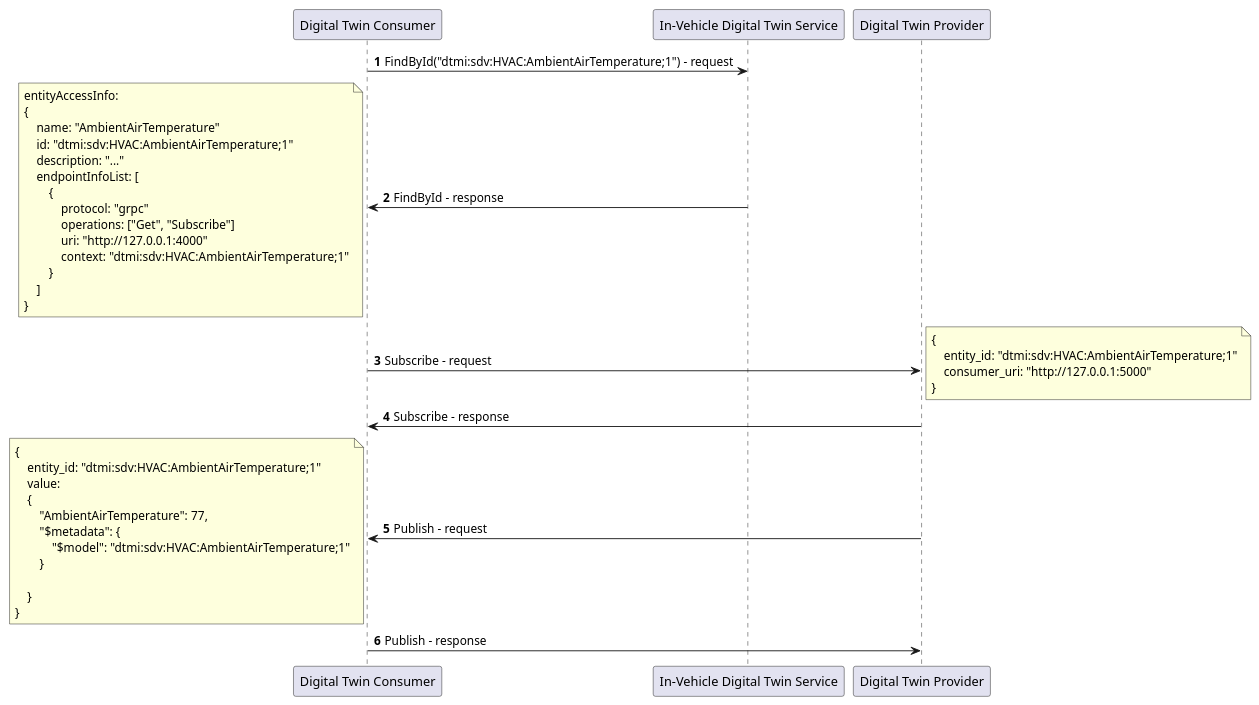
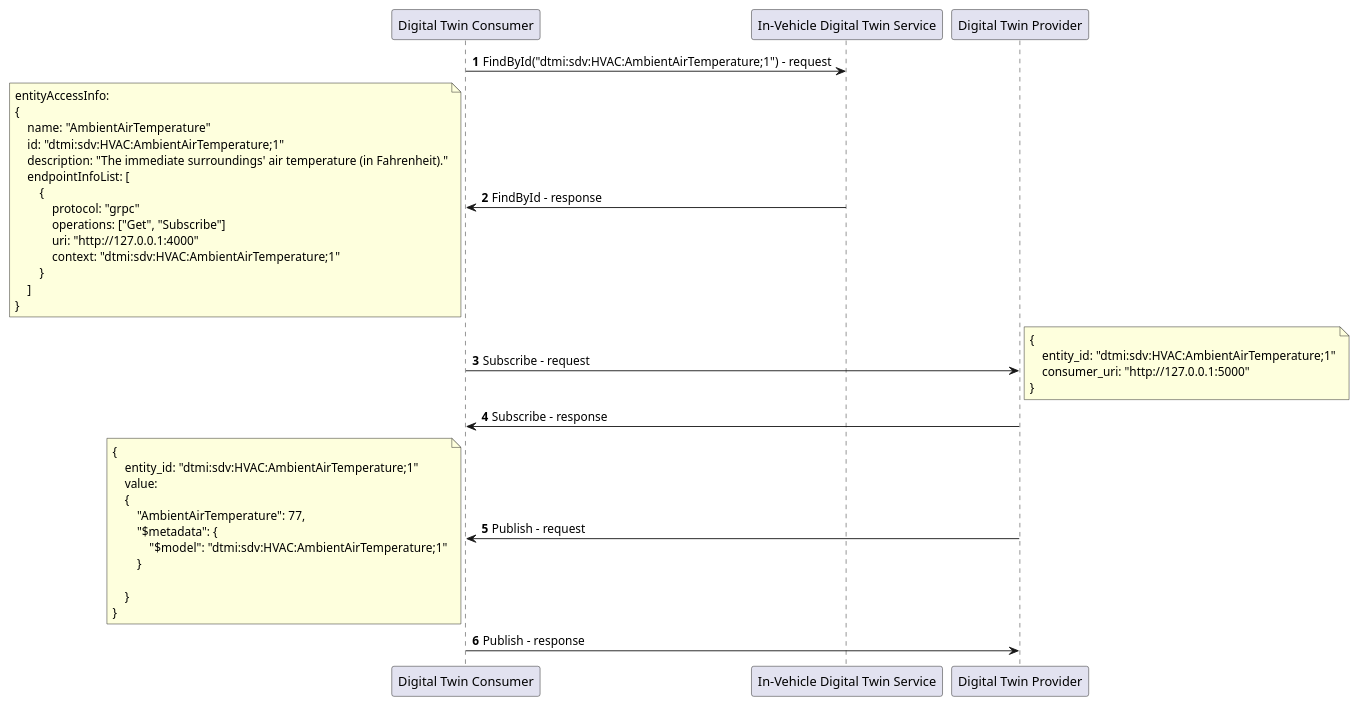
One commit to eclipse-ibeji/ibeji changed the diagram in docs/design/diagrams/subscribe_sequence.puml. Above: the diagram before and after it, drawn with PlantUML. The commit also changed 39 other files, not shown here.

```diff
--- a/docs/design/diagrams/subscribe_sequence.puml
+++ b/docs/design/diagrams/subscribe_sequence.puml
@@ -1,51 +1,51 @@
 @startuml
 
 autonumber
 
 "Digital Twin Consumer" -> "In-Vehicle Digital Twin Service" : FindById("dtmi:sdv:HVAC:AmbientAirTemperature;1") - request
 "Digital Twin Consumer" <- "In-Vehicle Digital Twin Service" : FindById - response
 note left
 entityAccessInfo:
 {
     name: "AmbientAirTemperature"
     id: "dtmi:sdv:HVAC:AmbientAirTemperature;1"
-    description: "..."
+    description: "The immediate surroundings' air temperature (in Fahrenheit)."
     endpointInfoList: [
         {
             protocol: "grpc"
             operations: ["Get", "Subscribe"]
             uri: "http://127.0.0.1:4000"
             context: "dtmi:sdv:HVAC:AmbientAirTemperature;1"
         }
     ]
 }
 end note
 
 "Digital Twin Consumer" -> "Digital Twin Provider" : Subscribe - request
 note right
 {
     entity_id: "dtmi:sdv:HVAC:AmbientAirTemperature;1"
     consumer_uri: "http://127.0.0.1:5000"
 }
 end note
 
 "Digital Twin Consumer" <- "Digital Twin Provider" : Subscribe - response
 
 "Digital Twin Consumer" <- "Digital Twin Provider" : Publish - request
 note left
 {
     entity_id: "dtmi:sdv:HVAC:AmbientAirTemperature;1"
     value:
     {
         "AmbientAirTemperature": 77,
         "$metadata": {
             "$model": "dtmi:sdv:HVAC:AmbientAirTemperature;1"
         }
 
     }
 }
 end note
 
 "Digital Twin Consumer" -> "Digital Twin Provider" : Publish - response
 
 @enduml
```
